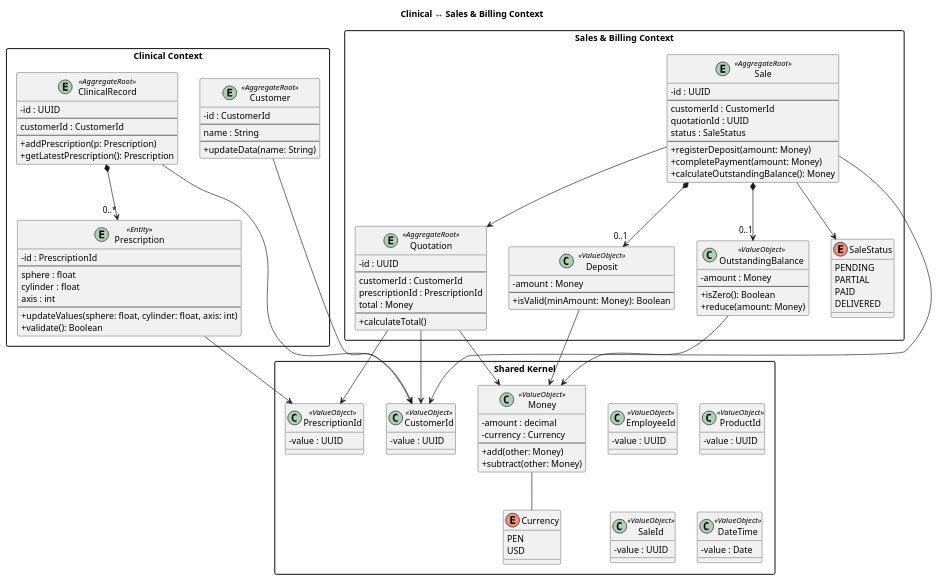
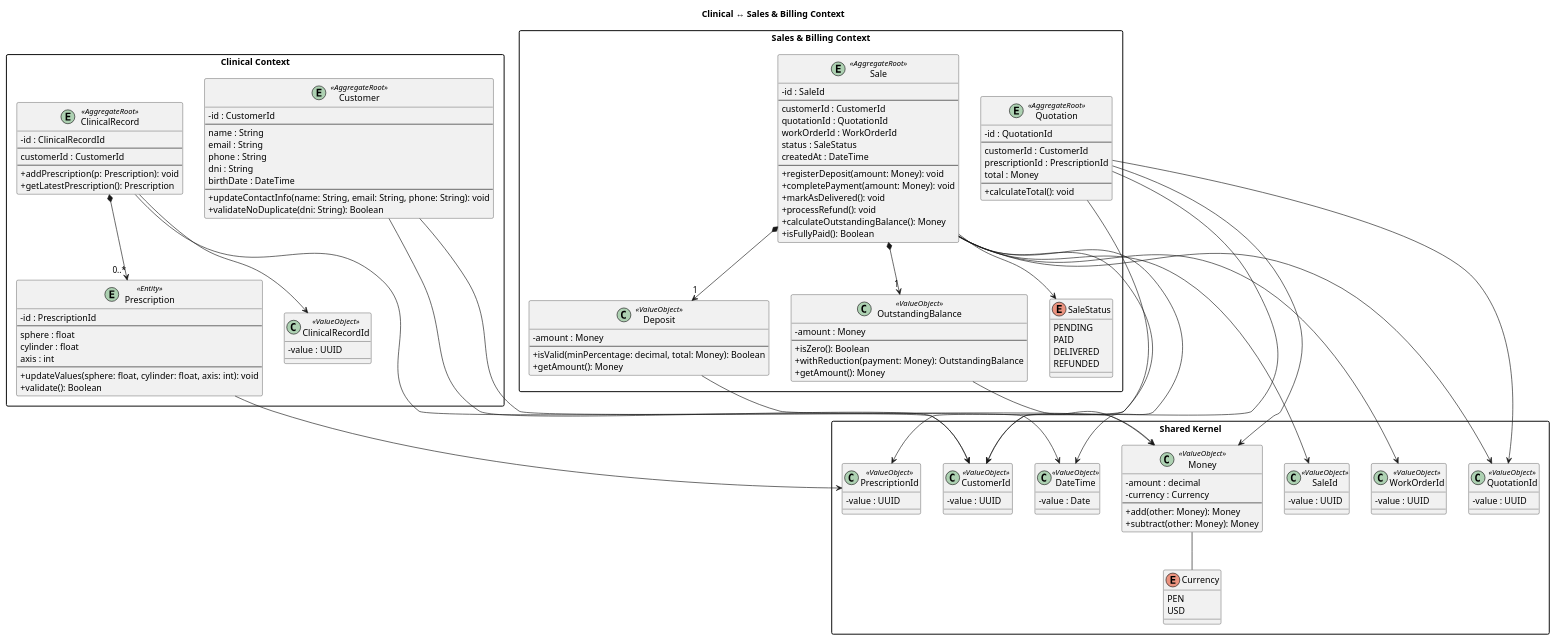
The diagram in docs/class-diagrams-backend/class-diagram-clinical-sales-billing.puml (1asi0730-2610-10203-OptiFlow/OptiFlow-Report-Stable), drawn with PlantUML before and after one commit. The commit also changed 5 other files, not shown here.

Commit message:
docs(backend-diagrams): update backend class diagrams

```diff
--- a/docs/class-diagrams-backend/class-diagram-clinical-sales-billing.puml
+++ b/docs/class-diagrams-backend/class-diagram-clinical-sales-billing.puml
@@ -1,139 +1,142 @@
 @startuml
 title Clinical ↔ Sales & Billing Context
 skinparam classAttributeIconSize 0
 skinparam packageStyle rectangle
 
 package "Shared Kernel" {
 class "CustomerId" <<ValueObject>> {
 - value : UUID
 }
-class "EmployeeId" <<ValueObject>> {
-- value : UUID
-}
 class "PrescriptionId" <<ValueObject>> {
 - value : UUID
 }
-class "ProductId" <<ValueObject>> {
+class "QuotationId" <<ValueObject>> {
 - value : UUID
 }
 class "SaleId" <<ValueObject>> {
+- value : UUID
+}
+class "WorkOrderId" <<ValueObject>> {
 - value : UUID
 }
 class "DateTime" <<ValueObject>> {
 - value : Date
 }
 class "Money" <<ValueObject>> {
 - amount : decimal
 - currency : Currency
 --
-+ add(other: Money)
-+ subtract(other: Money)
++ add(other: Money): Money
++ subtract(other: Money): Money
 }
 enum Currency {
 PEN
 USD
 }
 Money -- Currency
 }
 
 package "Clinical Context" {
-
+class "ClinicalRecordId" <<ValueObject>> {
+- value : UUID
+}
 entity "Customer" <<AggregateRoot>> {
 - id : CustomerId
 --
 name : String
+email : String
+phone : String
+dni : String
+birthDate : DateTime
 --
-+ updateData(name: String)
++ updateContactInfo(name: String, email: String, phone: String): void
++ validateNoDuplicate(dni: String): Boolean
 }
-
 entity "ClinicalRecord" <<AggregateRoot>> {
-- id : UUID
+- id : ClinicalRecordId
 --
 customerId : CustomerId
 --
-+ addPrescription(p: Prescription)
++ addPrescription(p: Prescription): void
 + getLatestPrescription(): Prescription
 }
-
-
-
 entity "Prescription" <<Entity>> {
 - id : PrescriptionId
 --
 sphere : float
 cylinder : float
 axis : int
 --
-+ updateValues(sphere: float, cylinder: float, axis: int)
++ updateValues(sphere: float, cylinder: float, axis: int): void
 + validate(): Boolean
 }
-
-
-
 Customer --> CustomerId
+Customer --> DateTime
+ClinicalRecord --> ClinicalRecordId
 ClinicalRecord --> CustomerId
-
 ClinicalRecord *--> "0..*" Prescription
 Prescription --> PrescriptionId
 }
 
 package "Sales & Billing Context" {
-
 entity "Quotation" <<AggregateRoot>> {
-- id : UUID
+- id : QuotationId
 --
 customerId : CustomerId
 prescriptionId : PrescriptionId
 total : Money
 --
-+ calculateTotal()
++ calculateTotal(): void
 }
-
 entity "Sale" <<AggregateRoot>> {
-- id : UUID
+- id : SaleId
 --
 customerId : CustomerId
-quotationId : UUID
+quotationId : QuotationId
+workOrderId : WorkOrderId
 status : SaleStatus
+createdAt : DateTime
 --
-+ registerDeposit(amount: Money)
-+ completePayment(amount: Money)
++ registerDeposit(amount: Money): void
++ completePayment(amount: Money): void
++ markAsDelivered(): void
++ processRefund(): void
 + calculateOutstandingBalance(): Money
++ isFullyPaid(): Boolean
 }
-
 class "Deposit" <<ValueObject>> {
 - amount : Money
 --
-+ isValid(minAmount: Money): Boolean
++ isValid(minPercentage: decimal, total: Money): Boolean
++ getAmount(): Money
 }
-
 class "OutstandingBalance" <<ValueObject>> {
 - amount : Money
 --
 + isZero(): Boolean
-+ reduce(amount: Money)
++ withReduction(payment: Money): OutstandingBalance
++ getAmount(): Money
 }
-
 enum SaleStatus {
 PENDING
-PARTIAL
 PAID
 DELIVERED
+REFUNDED
 }
-
+Quotation --> QuotationId
 Quotation --> CustomerId
 Quotation --> PrescriptionId
 Quotation --> Money
-
+Sale --> SaleId
 Sale --> CustomerId
+Sale --> QuotationId
+Sale --> WorkOrderId
 Sale --> SaleStatus
-Sale --> Quotation
-
-Sale *--> "0..1" Deposit
-Sale *--> "0..1" OutstandingBalance
-
+Sale --> DateTime
+Sale *--> "1" Deposit
+Sale *--> "1" OutstandingBalance
 Deposit --> Money
 OutstandingBalance --> Money
 }
 
 @enduml
```
